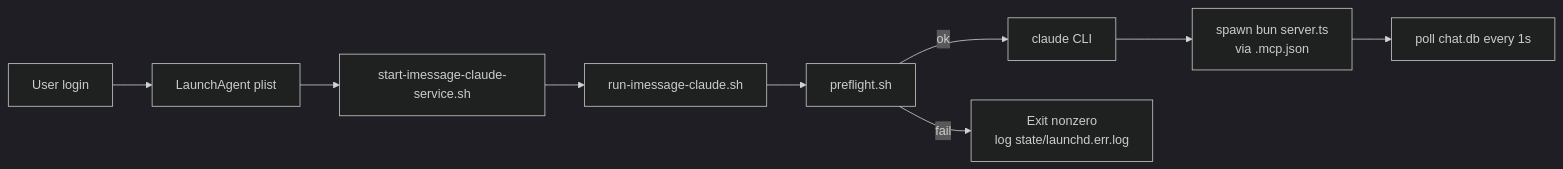
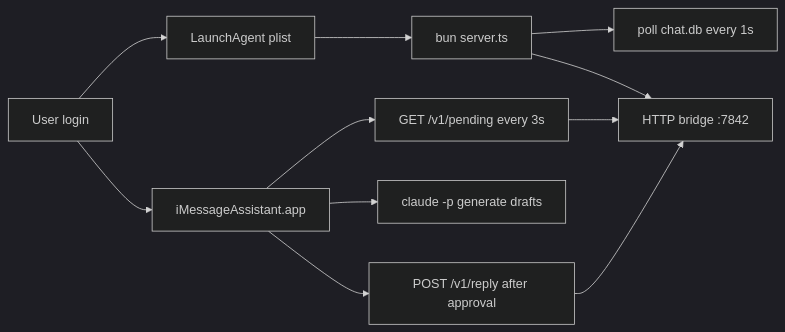
The fourth of 4 diagrams in README.md (Gabriel-0110/imessage-claude-assistant), drawn with Mermaid (dark theme) before and after one commit. The commit also changed other lines of this file and 7 other files, not shown here.

Commit message:
feat: Update README and documentation for iMessage Assistant; enhance bridge functionality and add new API details

````diff
--- a/README.md
+++ b/README.md
@@ -210,11 +210,13 @@
 ```mermaid
 flowchart LR
-  Login[User login] --> Plist[LaunchAgent plist]
-  Plist --> Wrapper[start-imessage-claude-service.sh]
-  Wrapper --> Run[run-imessage-claude.sh]
-  Run --> Pre[preflight.sh]
-  Pre -- ok --> Claude[claude CLI]
-  Pre -- fail --> Abort[Exit nonzero<br/>log state/launchd.err.log]
-  Claude --> MCP[spawn bun server.ts<br/>via .mcp.json]
-  MCP --> Poll[poll chat.db every 1s]
+  Login[User login] --> Agent[LaunchAgent plist]
+  Agent --> Bun[bun server.ts]
+  Bun --> Poll[poll chat.db every 1s]
+  Bun --> Bridge[HTTP bridge :7842]
+  Login --> App[iMessageAssistant.app]
+  App --> PollBridge[GET /v1/pending every 3s]
+  PollBridge --> Bridge
+  App --> Draft[claude -p generate drafts]
+  App --> Send[POST /v1/reply after approval]
+  Send --> Bridge
 ```
````
